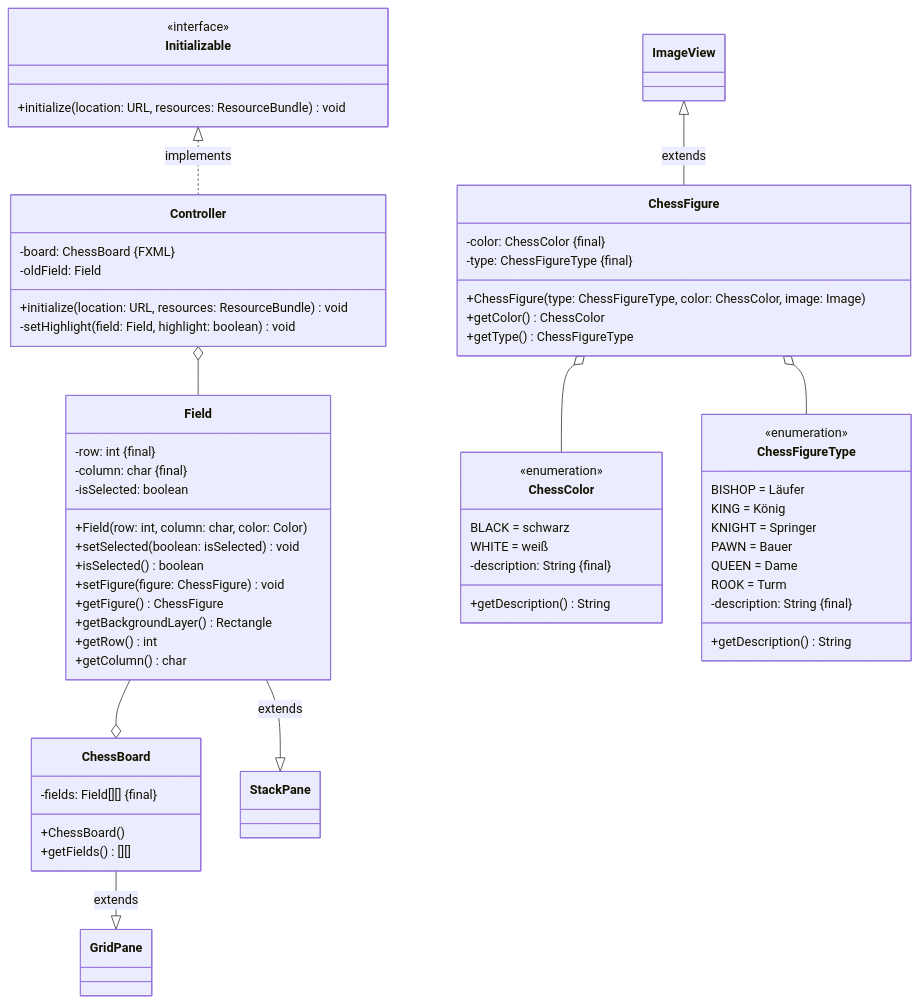
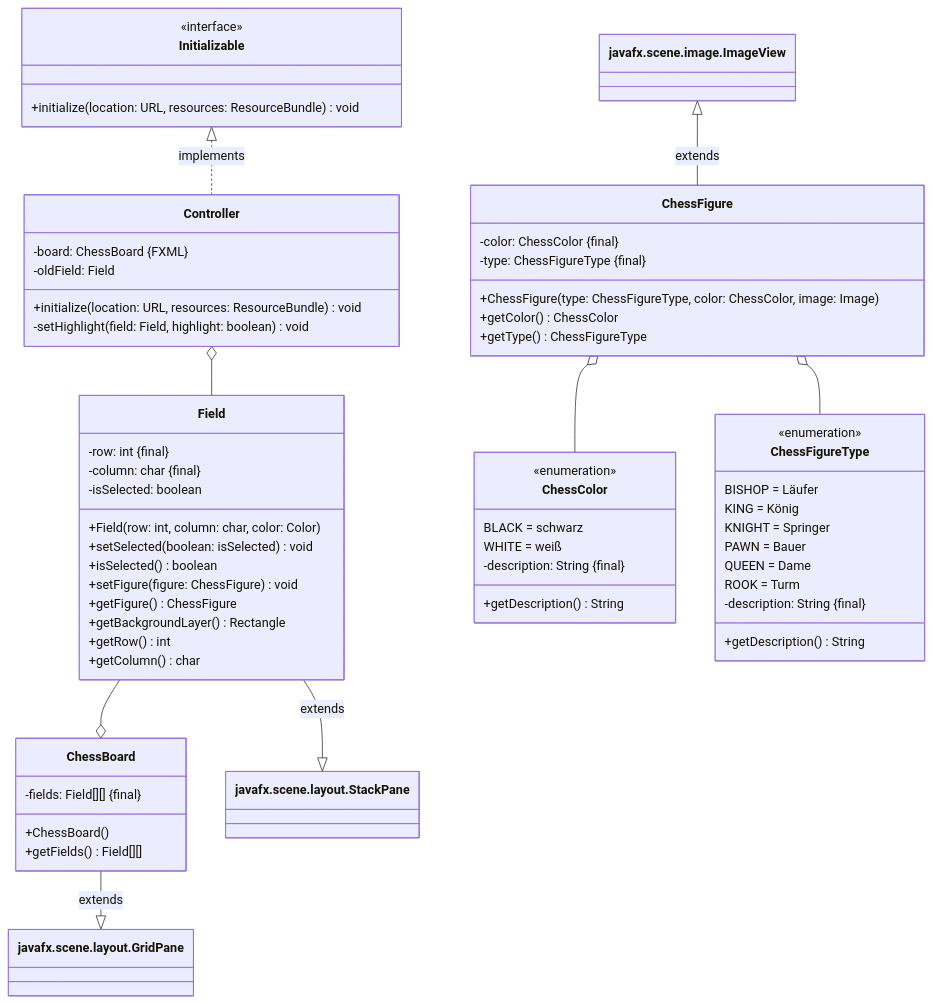
The first of 2 diagrams in docs/exercises/javafx/javafx08.md (jappuccini/java-docs), drawn with Mermaid before and after one commit. The commit also changed other lines of this file and 7 other files, not shown here.

Commit message:
Fix Mermaid for JavaFX Exercises

````diff
--- a/docs/exercises/javafx/javafx08.md
+++ b/docs/exercises/javafx/javafx08.md
@@ -11,71 +11,64 @@
 ```mermaid
 classDiagram
-    Initializable <|.. Controller : implements
-    Controller o-- Field
-    ImageView  <|-- ChessFigure : extends
-    ChessFigure o-- ChessColor
-    ChessFigure o-- ChessFigureType
-    ChessBoard --|> GridPane : extends
-    Field --o ChessBoard
-    Field --|> StackPane : extends
-
-    class ChessFigure {
-        -color: ChessColor #123;final#125;
-        -type: ChessFigureType #123;final#125;
-        +ChessFigure(type: ChessFigureType, color: ChessColor, image: Image)
-        +getColor() ChessColor
-        +getType() ChessFigureType
-    }
-
-    class ChessColor {
-    	<<enumeration>>
-        BLACK = schwarz
-        WHITE = weiß
-        -description: String #123;final#125;
-        +getDescription() String
-    }
-
-    class ChessFigureType {
-    	<<enumeration>>
-		BISHOP = Läufer
-		KING = König
-		KNIGHT = Springer
-		PAWN = Bauer
-		QUEEN = Dame
-		ROOK = Turm
-        -description: String #123;final#125;
-        +getDescription() String
-    }
-
-    class ChessBoard {
-    	-fields: Field[][] #123;final#125;
-    	+ChessBoard()
-    	+getFields() [][]
-    }
-
-    class Field {
-    	-row: int #123;final#125;
-    	-column: char #123;final#125;
-    	-isSelected: boolean
-    	+Field(row: int, column: char, color: Color)
-    	+setSelected(boolean: isSelected) void
-    	+isSelected() boolean
-    	+setFigure(figure: ChessFigure) void
-    	+getFigure() ChessFigure
-    	+getBackgroundLayer() Rectangle
-    	+getRow() int
-    	+getColumn() char
-	}
-
-    class Controller {
-        -board: ChessBoard #123;FXML#125;
-        -oldField: Field
-        +initialize(location: URL, resources: ResourceBundle) void
-        -setHighlight(field: Field, highlight: boolean) void
-    }
-
-    class Initializable {
-        <<interface>>
-        +initialize(location: URL, resources: ResourceBundle) void
-    }
+   Initializable <|.. Controller : implements
+   Controller o-- Field
+   javafx.scene.image.ImageView  <|-- ChessFigure : extends
+   ChessFigure o-- ChessColor
+   ChessFigure o-- ChessFigureType
+   ChessBoard --|> javafx.scene.layout.GridPane : extends
+   Field --o ChessBoard
+   Field --|> javafx.scene.layout.StackPane : extends
+   class ChessFigure {
+      -color: ChessColor #123;final#125;
+      -type: ChessFigureType #123;final#125;
+      +ChessFigure(type: ChessFigureType, color: ChessColor, image: Image)
+      +getColor() ChessColor
+      +getType() ChessFigureType
+   }
+   class ChessColor {
+      <<enumeration>>
+      BLACK = schwarz
+      WHITE = weiß
+      -description: String #123;final#125;
+      +getDescription() String
+   }
+   class ChessFigureType {
+      <<enumeration>>
+      BISHOP = Läufer
+      KING = König
+      KNIGHT = Springer
+      PAWN = Bauer
+      QUEEN = Dame
+      ROOK = Turm
+      -description: String #123;final#125;
+      +getDescription() String
+   }
+   class ChessBoard {
+      -fields: Field[][] #123;final#125;
+      +ChessBoard()
+      +getFields() Field[][]
+   }
+   class Field {
+      -row: int #123;final#125;
+      -column: char #123;final#125;
+      -isSelected: boolean
+      +Field(row: int, column: char, color: Color)
+      +setSelected(boolean: isSelected) void
+      +isSelected() boolean
+      +setFigure(figure: ChessFigure) void
+      +getFigure() ChessFigure
+      +getBackgroundLayer() Rectangle
+      +getRow() int
+      +getColumn() char
+   }
+   class Controller {
+      -board: ChessBoard #123;FXML#125;
+      -oldField: Field
+      +initialize(location: URL, resources: ResourceBundle) void
+      -setHighlight(field: Field, highlight: boolean) void
+   }
+   class Initializable {
+      <<interface>>
+      +initialize(location: URL, resources: ResourceBundle) void
+   }
 ```
````
